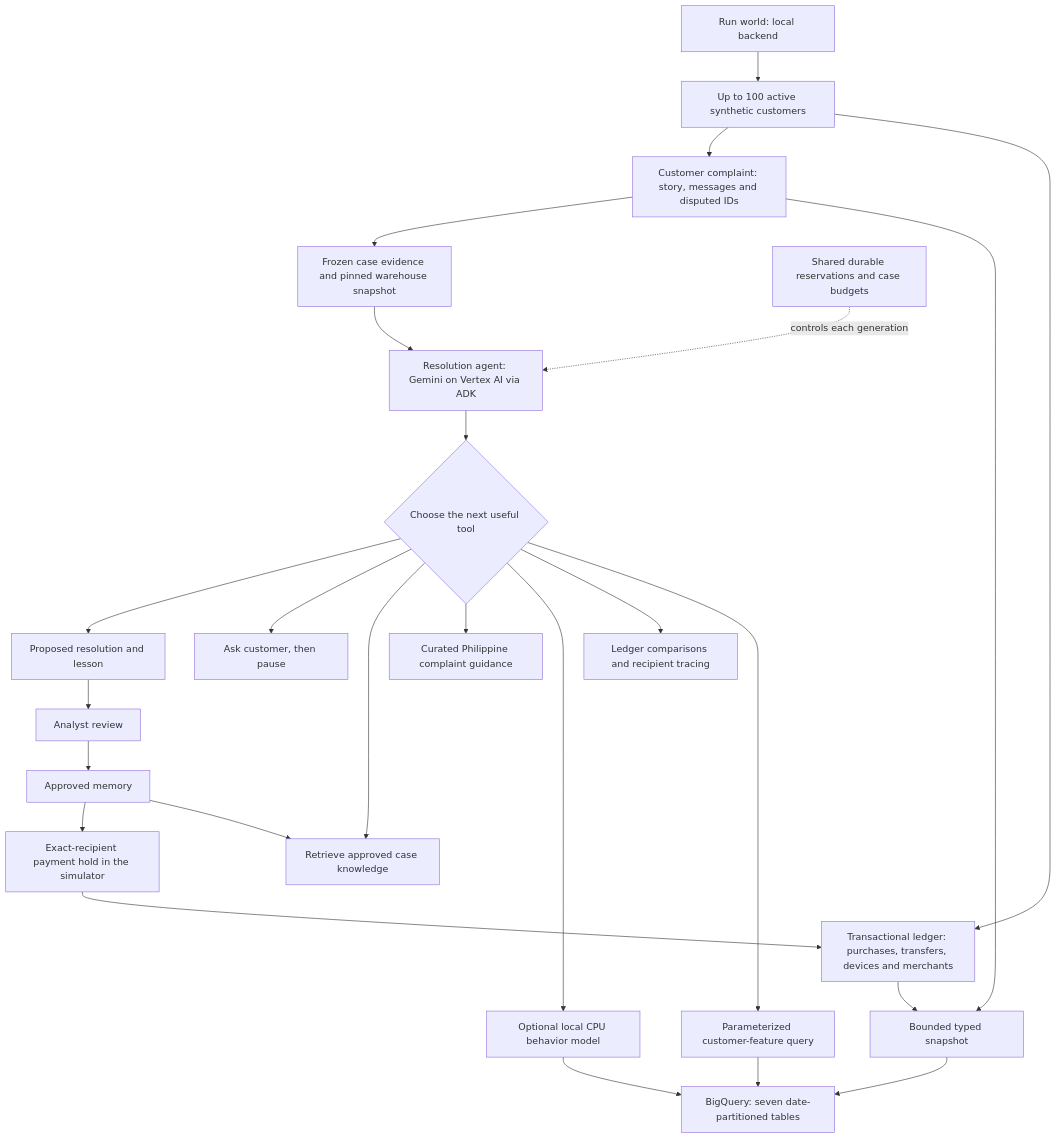
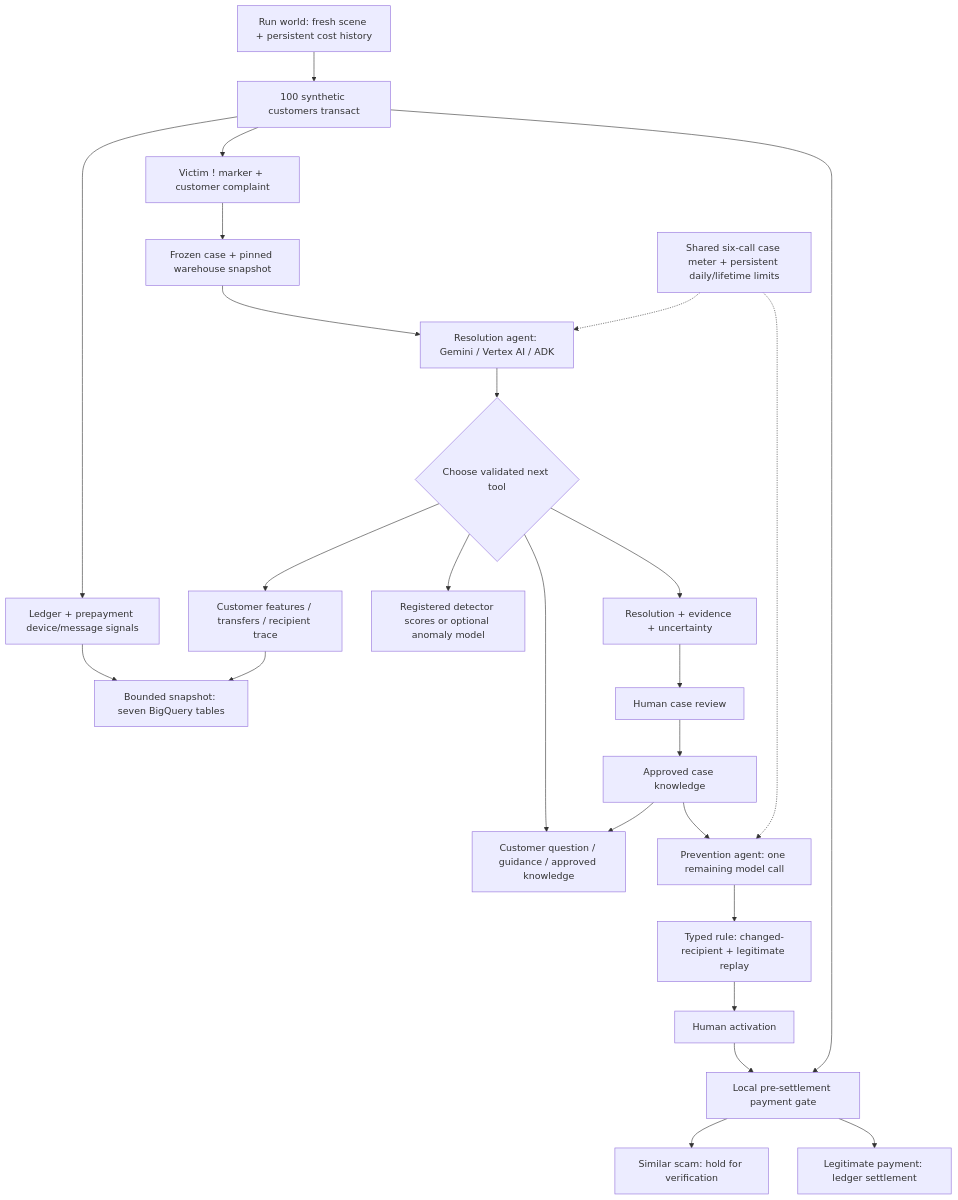
Before and after one commit to VinceVence/apac-team-rocket: the diagram in docs/architecture.md, drawn with Mermaid. The commit also changed other lines of this file and 31 other files, not shown here.

Commit message:
Build guided two-agent fraud investigation and prevention demo

````diff
--- a/docs/architecture.md
+++ b/docs/architecture.md
@@ -3,27 +3,27 @@
 ```mermaid
 flowchart TD
-    Run[Run world: local backend] --> World[Up to 100 active synthetic customers]
-    World --> Ledger[Transactional ledger: purchases, transfers, devices and merchants]
-    World --> Ticket[Customer complaint: story, messages and disputed IDs]
-    Ledger --> Batch[Bounded typed snapshot]
-    Ticket --> Batch
-    Batch --> BQ[BigQuery: seven date-partitioned tables]
-    Ticket --> Snapshot[Frozen case evidence and pinned warehouse snapshot]
-    Snapshot --> Agent[Resolution agent: Gemini on Vertex AI via ADK]
-    Agent --> Choice{Choose the next useful tool}
-    Choice --> BQTools[Parameterized customer-feature query]
-    BQTools --> BQ
-    Choice --> Analysis[Ledger comparisons and recipient tracing]
-    Choice --> Model[Optional local CPU behavior model]
-    Model --> BQ
-    Choice --> Policy[Curated Philippine complaint guidance]
-    Choice --> Memory[Retrieve approved case knowledge]
-    Choice --> Question[Ask customer, then pause]
-    Choice --> Review[Proposed resolution and lesson]
-    Review --> Analyst[Analyst review]
-    Analyst --> KB[Approved memory]
-    KB --> Memory
-    KB --> Hold[Exact-recipient payment hold in the simulator]
-    Hold --> Ledger
-    Budget[Shared durable reservations and case budgets] -. controls each generation .-> Agent
+    Run[Run world: fresh scene + persistent cost history] --> World[100 synthetic customers transact]
+    World --> Ledger[Ledger + prepayment device/message signals]
+    World --> Ticket[Victim ! marker + customer complaint]
+    Ledger --> BQ[Bounded snapshot: seven BigQuery tables]
+    Ticket --> Snapshot[Frozen case + pinned warehouse snapshot]
+    Snapshot --> Agent[Resolution agent: Gemini / Vertex AI / ADK]
+    Agent --> Choice{Choose validated next tool}
+    Choice --> Read[Customer features / transfers / recipient trace]
+    Read --> BQ
+    Choice --> Detector[Registered detector scores or optional anomaly model]
+    Choice --> Question[Customer question / guidance / approved knowledge]
+    Choice --> Proposal[Resolution + evidence + uncertainty]
+    Proposal --> Analyst[Human case review]
+    Analyst --> KB[Approved case knowledge]
+    KB --> Question
+    KB --> Learner[Prevention agent: one remaining model call]
+    Learner --> Replay[Typed rule: changed-recipient + legitimate replay]
+    Replay --> Enable[Human activation]
+    Enable --> Gate[Local pre-settlement payment gate]
+    World --> Gate
+    Gate --> Held[Similar scam: hold for verification]
+    Gate --> Pass[Legitimate payment: ledger settlement]
+    Budget[Shared six-call case meter + persistent daily/lifetime limits] -.-> Agent
+    Budget -.-> Learner
 ```
````
